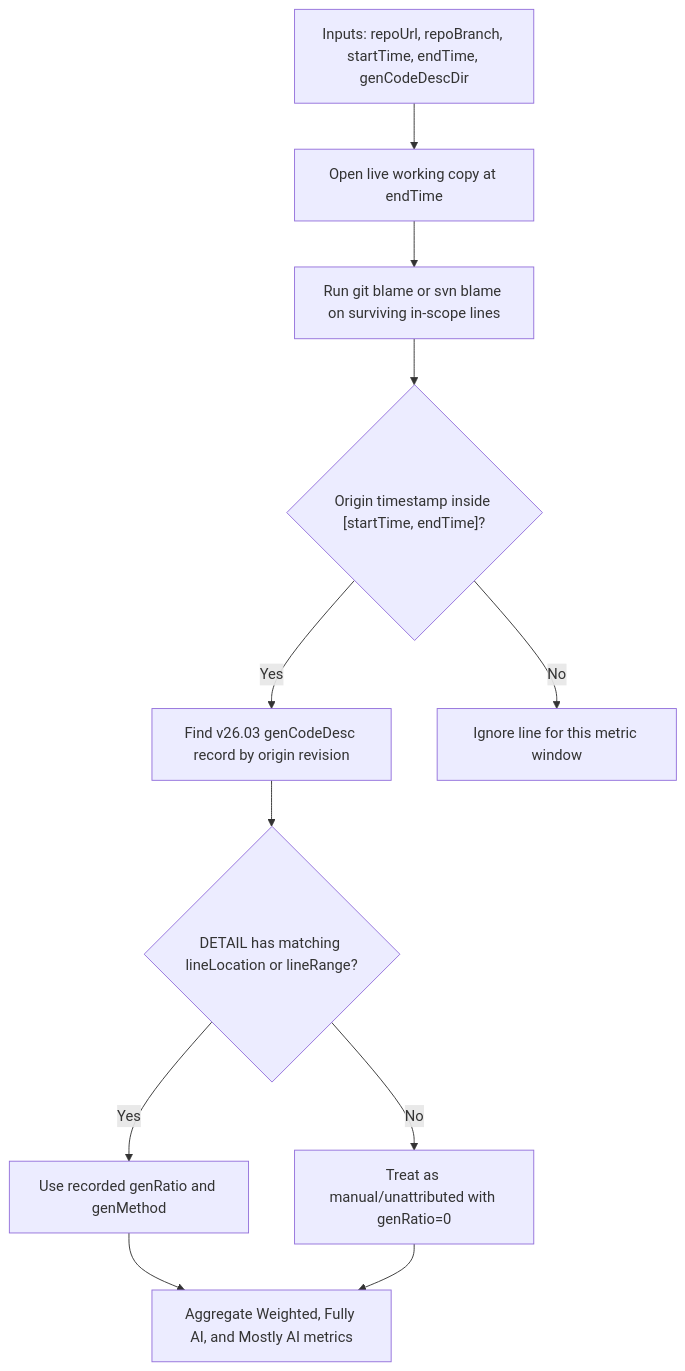
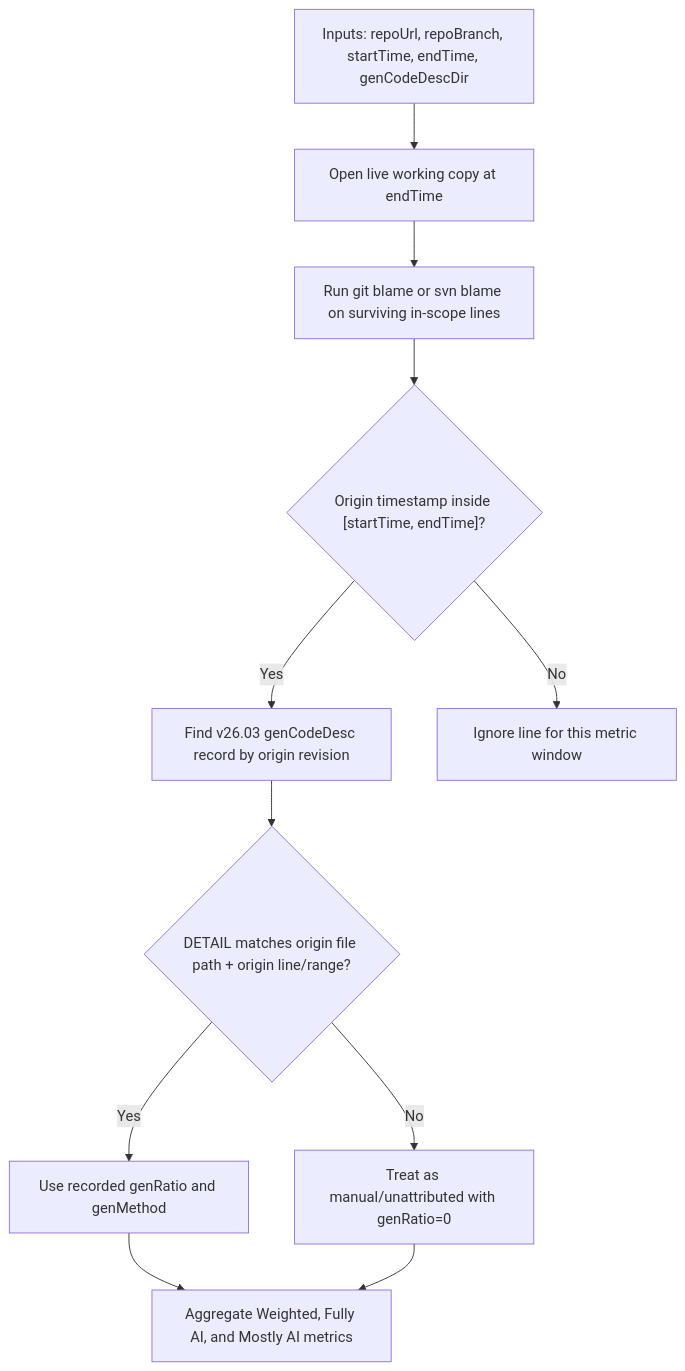
One commit to EnigmaWU/MyGenCodeDescBase changed the first of 3 diagrams in README_AlgABC.md. Above: the diagram before and after it, drawn with Mermaid. The commit also changed other lines of this file and 1 other file, not shown here.

````diff
--- a/README_AlgABC.md
+++ b/README_AlgABC.md
@@ -41,19 +53,19 @@
 ```mermaid
 flowchart TD
   A1["Inputs: repoUrl, repoBranch, startTime, endTime, genCodeDescDir"]
   A2["Open live working copy at endTime"]
   A3["Run git blame or svn blame on surviving in-scope lines"]
   A4{"Origin timestamp inside [startTime, endTime]?"}
   A5["Find v26.03 genCodeDesc record by origin revision"]
-  A6{"DETAIL has matching lineLocation or lineRange?"}
+  A6{"DETAIL matches origin file path + origin line/range?"}
   A7["Use recorded genRatio and genMethod"]
   A8["Treat as manual/unattributed with genRatio=0"]
   A9["Aggregate Weighted, Fully AI, and Mostly AI metrics"]
   A10["Ignore line for this metric window"]
 
   A1 --> A2 --> A3 --> A4
   A4 -- "No" --> A10
   A4 -- "Yes" --> A5 --> A6
   A6 -- "Yes" --> A7 --> A9
   A6 -- "No" --> A8 --> A9
 ```
````
